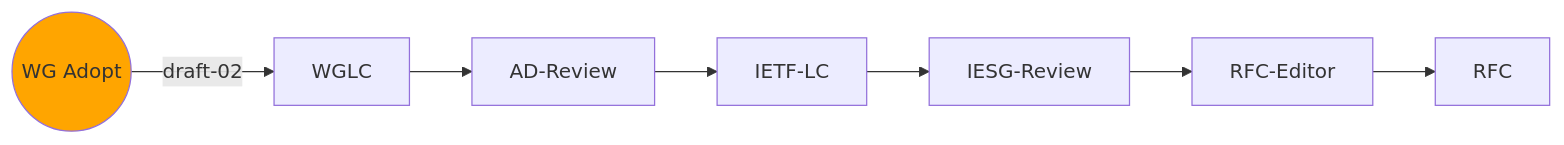
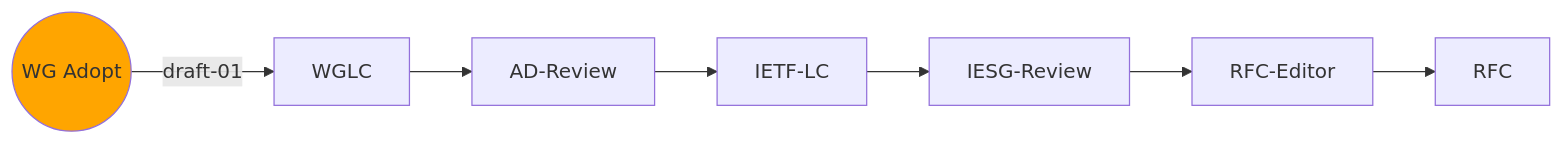
The seventh of 12 diagrams in index.md (ietf-wg-httpapi/ietf-wg-httpapi.github.io), drawn with Mermaid before and after one commit. The commit also changed other lines of this file, not shown here.

````diff
--- a/index.md
+++ b/index.md
@@ -106,13 +117,13 @@
 ```mermaid
 graph LR
     classDef current fill:orange
     classDef lastIETF fill:pink
 
-    WG-Adopt((WG Adopt)) --draft-02--> WGLC
+    WG-Adopt((WG Adopt)) --draft-01--> WGLC
     class WG-Adopt current
     WGLC --> AD-Review
     AD-Review --> IETF-LC
     IETF-LC --> IESG-Review
     IESG-Review --> RFC-Editor
     RFC-Editor --> RFC
 ```
````
